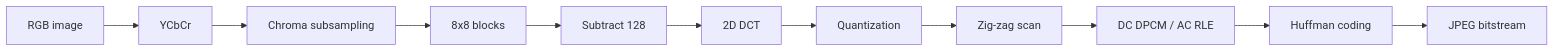
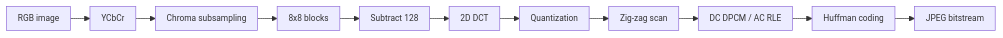
Before and after one commit to alessandro-vulcu-code/ICT2025: the diagram in First Year/Second Semester/Multimedia Communications/Summaries/4. Transform coding.md, drawn with Mermaid. The commit also changed 582 other files, not shown here.

````diff
--- a/First Year/Second Semester/Multimedia Communications/Summaries/4. Transform coding.md
+++ b/First Year/Second Semester/Multimedia Communications/Summaries/4. Transform coding.md
@@ -595,13 +595,14 @@
 ```mermaid
+%%{init: {"flowchart": {"useMaxWidth": true, "htmlLabels": false, "nodeSpacing": 18, "rankSpacing": 28, "padding": 8}, "themeVariables": {"fontSize": "12px"}}}%%
 flowchart LR
     A[RGB image] --> B[YCbCr]
     B --> C[Chroma subsampling]
     C --> D[8x8 blocks]
     D --> E[Subtract 128]
     E --> F[2D DCT]
     F --> G[Quantization]
     G --> H[Zig-zag scan]
     H --> I[DC DPCM / AC RLE]
     I --> J[Huffman coding]
     J --> K[JPEG bitstream]
 ```
````
